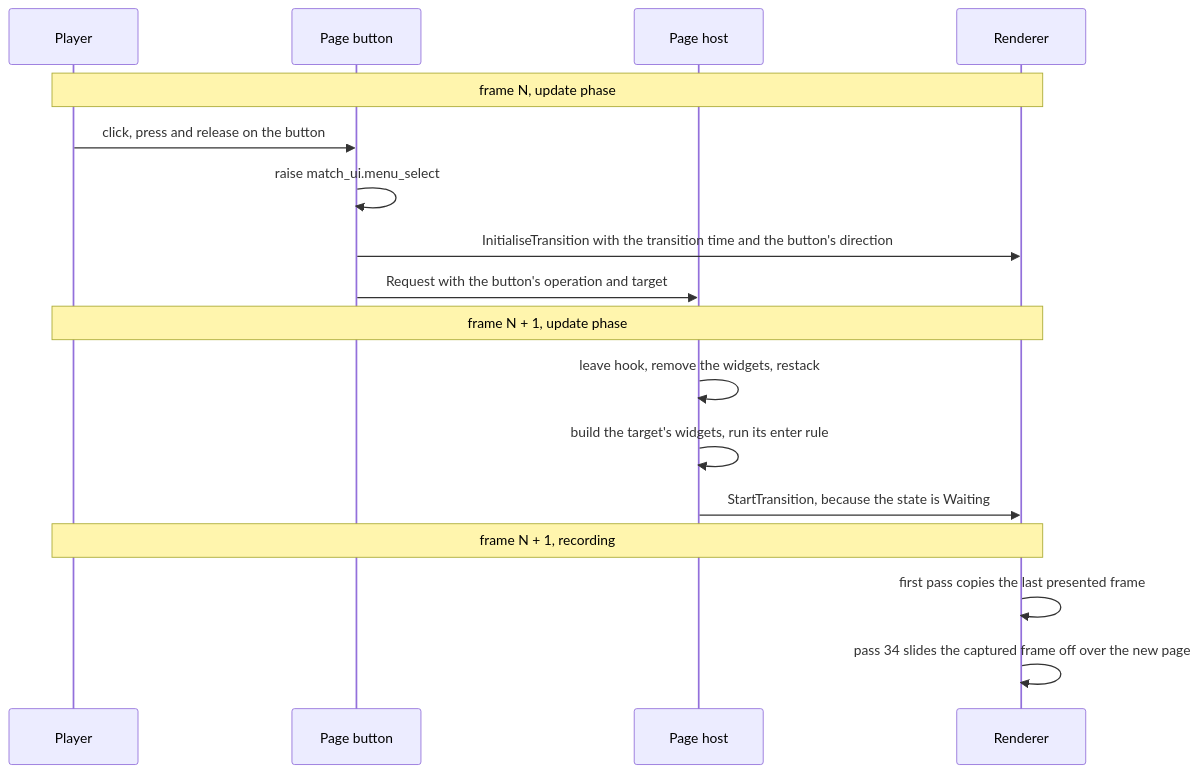
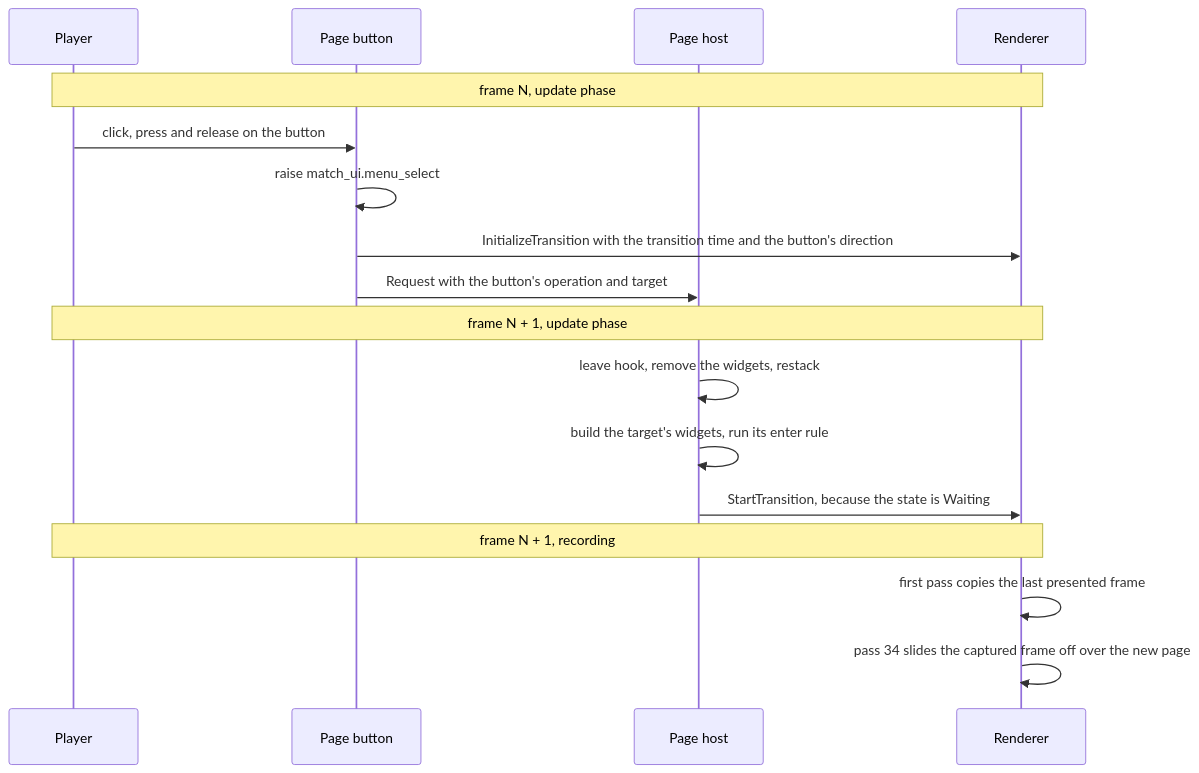
The third of 4 diagrams in design_next/architecture/components/ui_framework/pages_and_screen_recipes.md (Zwaliebaba/Species.AI), drawn with Mermaid before and after one commit. The commit also changed other lines of this file and 44 other files, not shown here.

````diff
--- a/design_next/architecture/components/ui_framework/pages_and_screen_recipes.md
+++ b/design_next/architecture/components/ui_framework/pages_and_screen_recipes.md
@@ -376,19 +376,19 @@
 ```mermaid
 sequenceDiagram
   participant P as Player
   participant B as Page button
   participant H as Page host
   participant R as Renderer
   Note over P,R: frame N, update phase
   P->>B: click, press and release on the button
   B->>B: raise match_ui.menu_select
-  B->>R: InitialiseTransition with the transition time and the button's direction
+  B->>R: InitializeTransition with the transition time and the button's direction
   B->>H: Request with the button's operation and target
   Note over P,R: frame N + 1, update phase
   H->>H: leave hook, remove the widgets, restack
   H->>H: build the target's widgets, run its enter rule
   H->>R: StartTransition, because the state is Waiting
   Note over P,R: frame N + 1, recording
   R->>R: first pass copies the last presented frame
   R->>R: pass 34 slides the captured frame off over the new page
 ```
````
